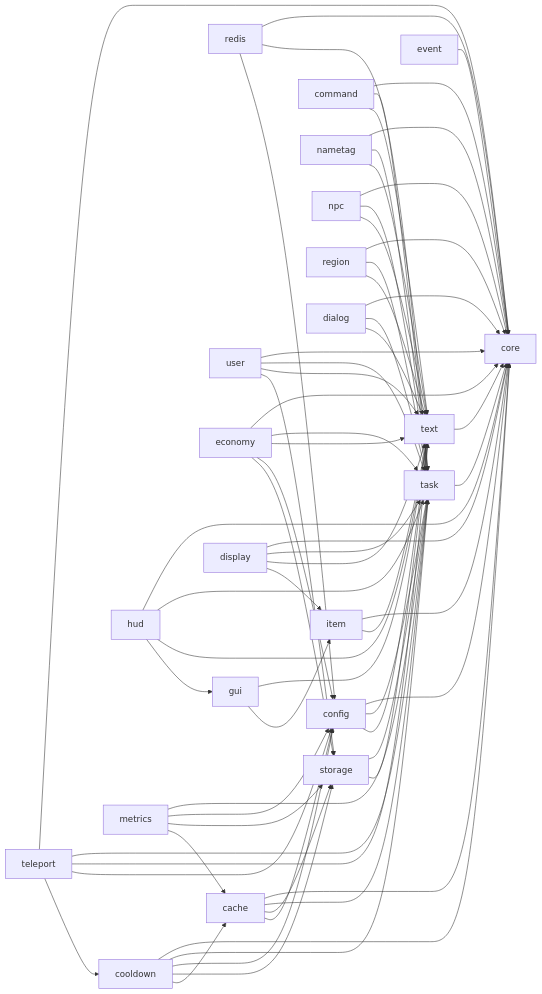
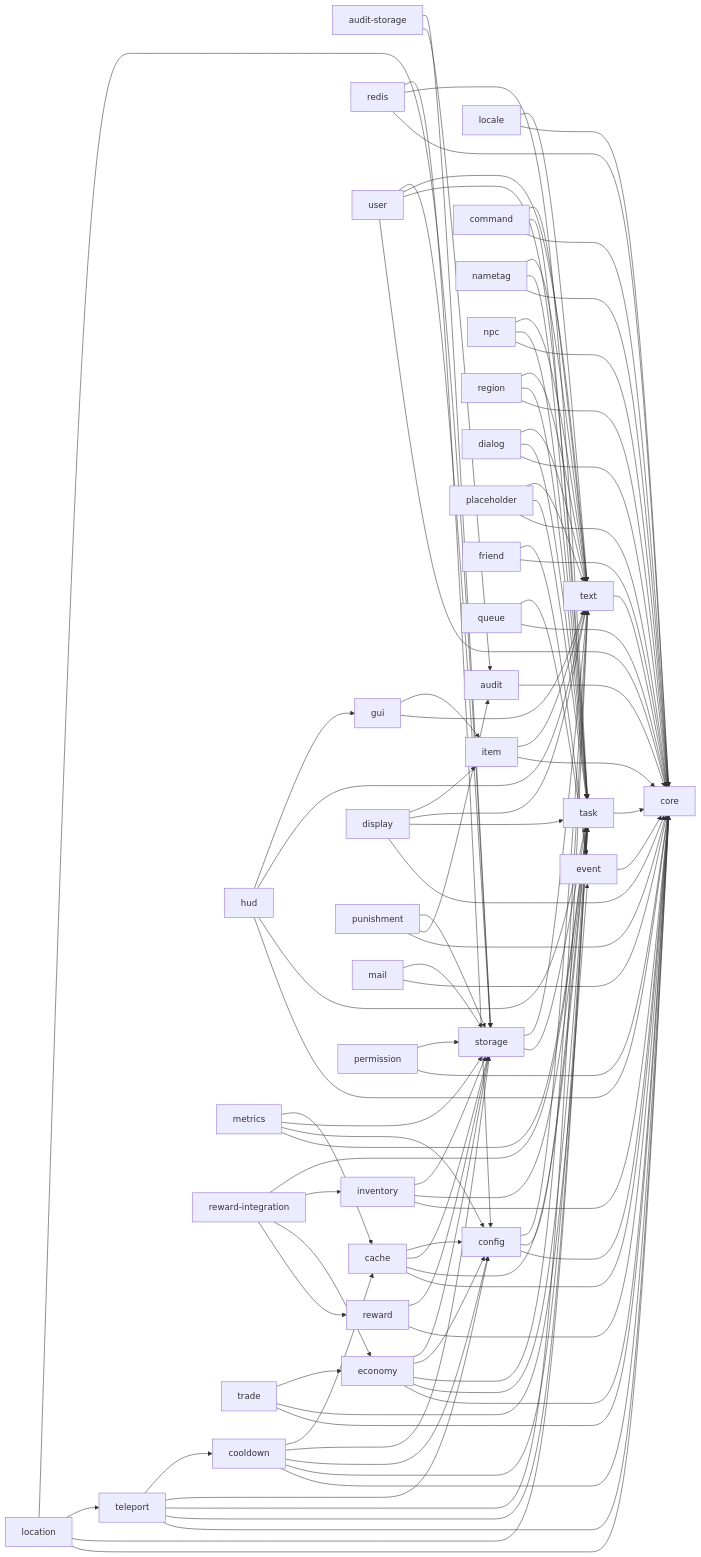
One commit to HanielCota/Cotani changed the first of 2 diagrams in docs/architecture.md. Above: the diagram before and after it, drawn with Mermaid. The commit also changed other lines of this file and 510 other files, not shown here.

````diff
--- a/docs/architecture.md
+++ b/docs/architecture.md
@@ -9,8 +9,11 @@
 ```mermaid
 flowchart LR
     core["core"]
+    audit["audit"]
+    auditStorage["audit-storage"]
     task["task"]
     text["text"]
+    locale["locale"]
     item["item"]
     config["config"]
     storage["storage"]
@@ -30,9 +33,25 @@
     region["region"]
     dialog["dialog"]
     metrics["metrics"]
+    punishment["punishment"]
+    location["location"]
+    mail["mail"]
+    inventory["inventory"]
+    permission["permission"]
+    placeholder["placeholder"]
+    reward["reward"]
+    rewardIntegration["reward-integration"]
+    friend["friend"]
+    queue["queue"]
+    trade["trade"]
 
     task --> core
+    audit --> core
+    auditStorage --> audit
+    auditStorage --> storage
     text --> core
+    locale --> core
+    locale --> text
     item --> core
     item --> text
     config --> core
@@ -96,4 +115,34 @@
     metrics --> config
     metrics --> storage
     metrics --> cache
+    punishment --> core
+    punishment --> audit
+    punishment --> storage
+    location --> core
+    location --> task
+    location --> teleport
+    location --> storage
+    mail --> core
+    mail --> storage
+    reward --> core
+    reward --> storage
+    rewardIntegration --> reward
+    rewardIntegration --> economy
+    rewardIntegration --> inventory
+    rewardIntegration --> task
+    inventory --> core
+    inventory --> task
+    inventory --> storage
+    permission --> core
+    permission --> storage
+    placeholder --> core
+    placeholder --> task
+    placeholder --> text
+    friend --> core
+    friend --> event
+    queue --> core
+    queue --> event
+    trade --> core
+    trade --> event
+    trade --> economy
 ```
````
